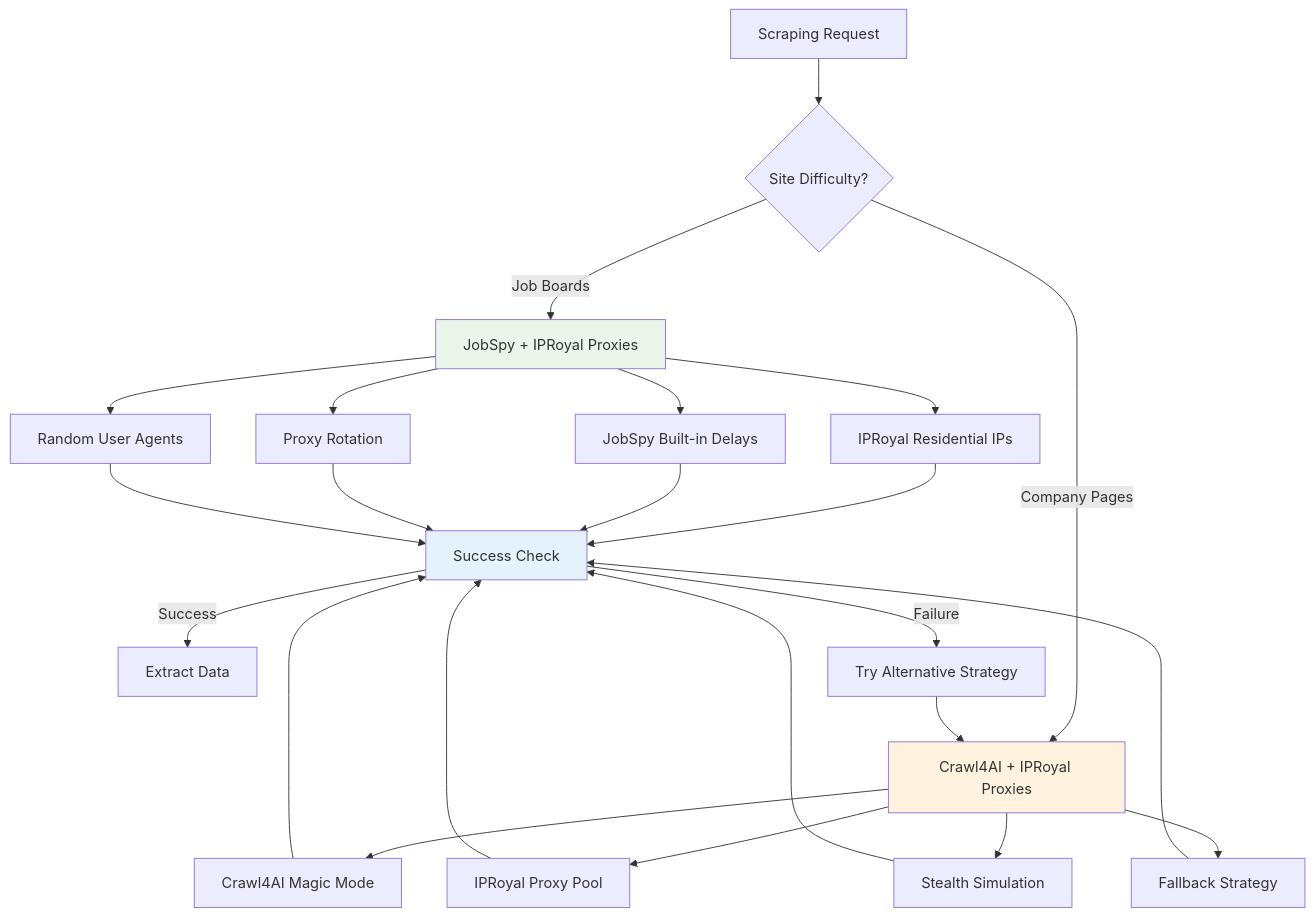
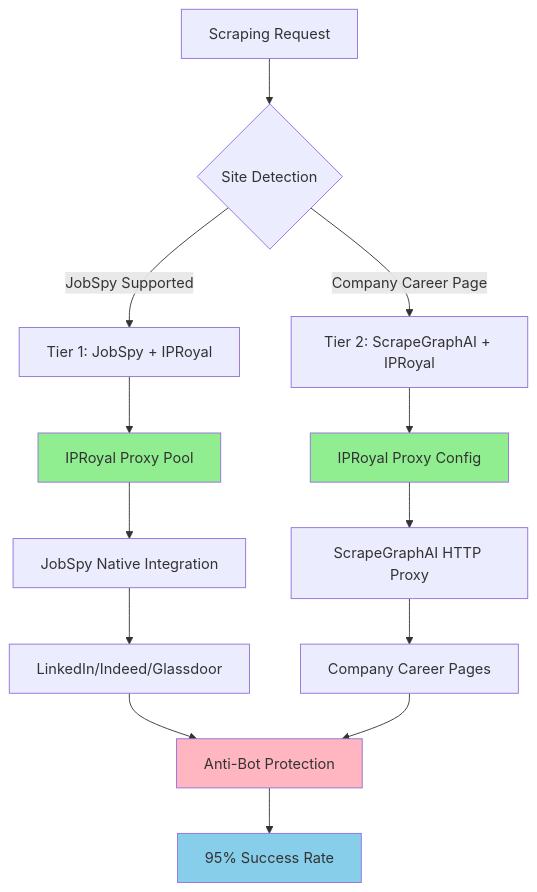
One commit to BjornMelin/ai-job-scraper changed the diagram in docs/adrs/ADR-011-proxy-anti-bot-integration-2025.md. Above: the diagram before and after it, drawn with Mermaid. The commit also changed other lines of this file and 17 other files, not shown here.

First line of the commit message:
docs: update ADRs for enhanced architecture and implementation strategies

````diff
--- a/docs/adrs/ADR-011-proxy-anti-bot-integration-2025.md
+++ b/docs/adrs/ADR-011-proxy-anti-bot-integration-2025.md
@@ -138,34 +215,24 @@
 ```mermaid
 graph TB
-    A[Scraping Request] --> B{Site Difficulty?}
+    A[Scraping Request] --> B{Site Detection}
     
-    B -->|Job Boards| C[JobSpy + IPRoyal Proxies]
-    B -->|Company Pages| D[Crawl4AI + IPRoyal Proxies]
+    B -->|JobSpy Supported| C[Tier 1: JobSpy + IPRoyal]
+    B -->|Company Career Page| D[Tier 2: ScrapeGraphAI + IPRoyal]
     
-    C --> C1[IPRoyal Residential IPs]
-    C --> C2[JobSpy Built-in Delays]
-    C --> C3[Proxy Rotation]
-    C --> C4[Random User Agents]
+    C --> C1[IPRoyal Proxy Pool]
+    C1 --> C2[JobSpy Native Integration]
+    C2 --> C3[LinkedIn/Indeed/Glassdoor]
     
-    D --> D1[Crawl4AI Magic Mode]
-    D --> D2[IPRoyal Proxy Pool]
-    D --> D3[Stealth Simulation]
-    D --> D4[Fallback Strategy]
+    D --> D1[IPRoyal Proxy Config]
+    D1 --> D2[ScrapeGraphAI HTTP Proxy]
+    D2 --> D3[Company Career Pages]
     
-    C1 --> E[Success Check]
-    C2 --> E
-    C3 --> E
-    C4 --> E
-    D1 --> E
-    D2 --> E
+    C3 --> E[Anti-Bot Protection]
     D3 --> E
-    D4 --> E
+    E --> F[95% Success Rate]
     
-    E -->|Success| F[Extract Data]
-    E -->|Failure| G[Try Alternative Strategy]
-    G --> D
-    
-    style C fill:#e8f5e8
-    style D fill:#fff3e0
-    style E fill:#e3f2fd
+    style C1 fill:#90EE90
+    style D1 fill:#90EE90
+    style E fill:#FFB6C1
+    style F fill:#87CEEB
 ```
````
